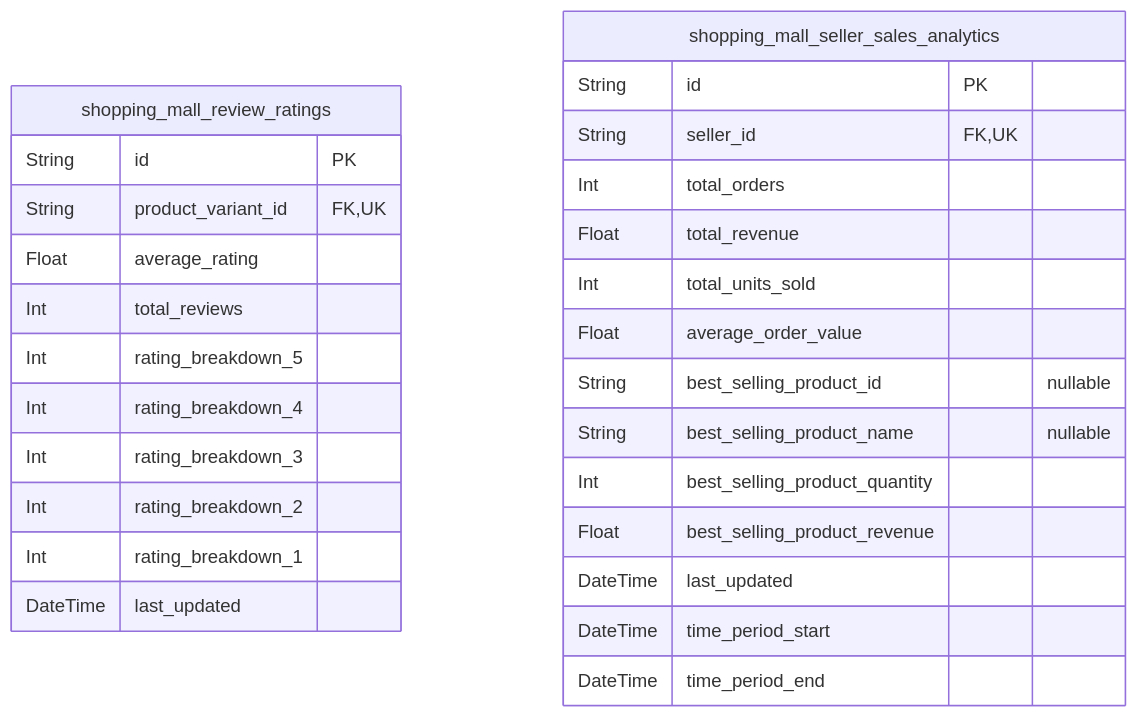
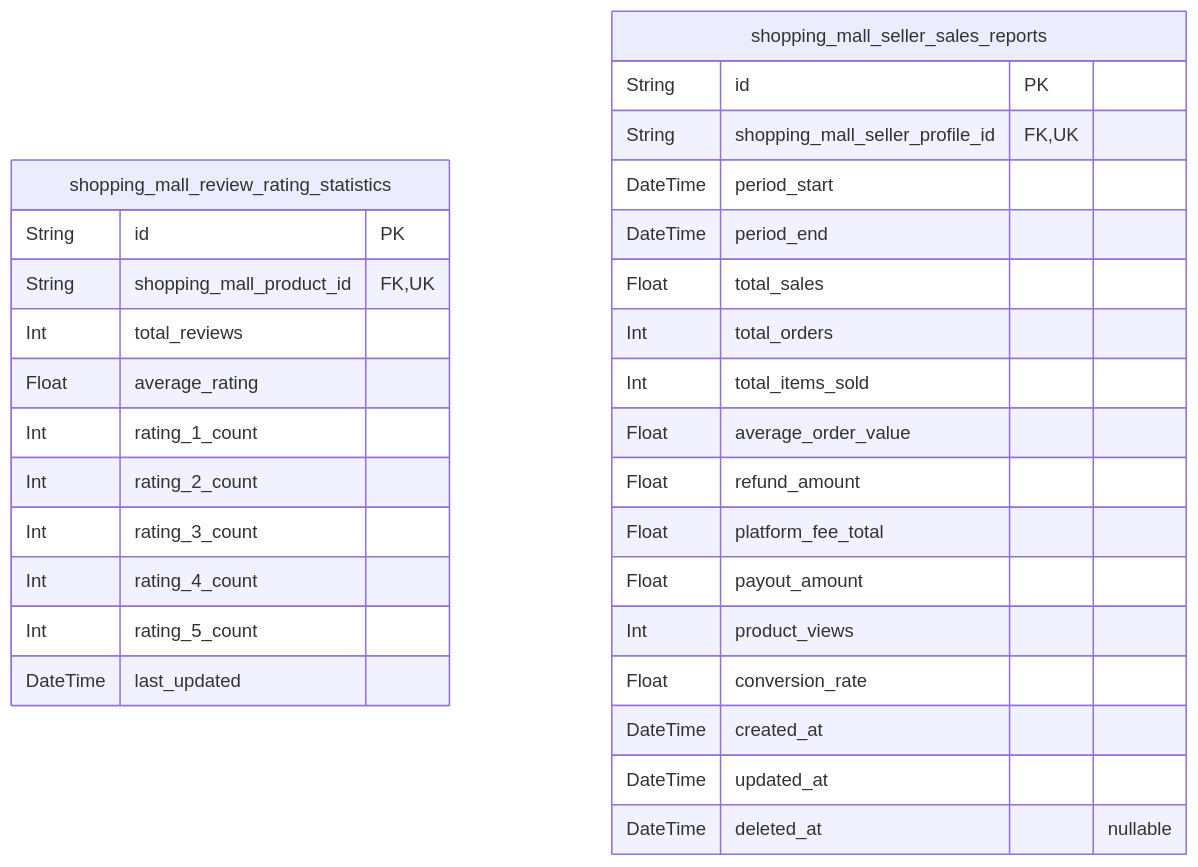
Diagram 11 of 11 in qwen/qwen3-next-80b-a3b-instruct/shopping/docs/ERD.md (wrtnlabs/autobe-examples), drawn with Mermaid before and after one commit. The commit also changed other lines of this file and 366 other files, not shown here.

````diff
--- a/qwen/qwen3-next-80b-a3b-instruct/shopping/docs/ERD.md
+++ b/qwen/qwen3-next-80b-a3b-instruct/shopping/docs/ERD.md
@@ -3849,30 +2875,33 @@
 ```mermaid
 erDiagram
-"shopping_mall_review_ratings" {
+"shopping_mall_review_rating_statistics" {
   String id PK
-  String product_variant_id FK,UK
+  String shopping_mall_product_id FK,UK
+  Int total_reviews
   Float average_rating
-  Int total_reviews
-  Int rating_breakdown_5
-  Int rating_breakdown_4
-  Int rating_breakdown_3
-  Int rating_breakdown_2
-  Int rating_breakdown_1
+  Int rating_1_count
+  Int rating_2_count
+  Int rating_3_count
+  Int rating_4_count
+  Int rating_5_count
   DateTime last_updated
 }
-"shopping_mall_seller_sales_analytics" {
+"shopping_mall_seller_sales_reports" {
   String id PK
-  String seller_id FK,UK
+  String shopping_mall_seller_profile_id FK,UK
+  DateTime period_start
+  DateTime period_end
+  Float total_sales
   Int total_orders
-  Float total_revenue
-  Int total_units_sold
+  Int total_items_sold
   Float average_order_value
-  String best_selling_product_id "nullable"
-  String best_selling_product_name "nullable"
-  Int best_selling_product_quantity
-  Float best_selling_product_revenue
-  DateTime last_updated
-  DateTime time_period_start
-  DateTime time_period_end
+  Float refund_amount
+  Float platform_fee_total
+  Float payout_amount
+  Int product_views
+  Float conversion_rate
+  DateTime created_at
+  DateTime updated_at
+  DateTime deleted_at "nullable"
 }
 ```
````
